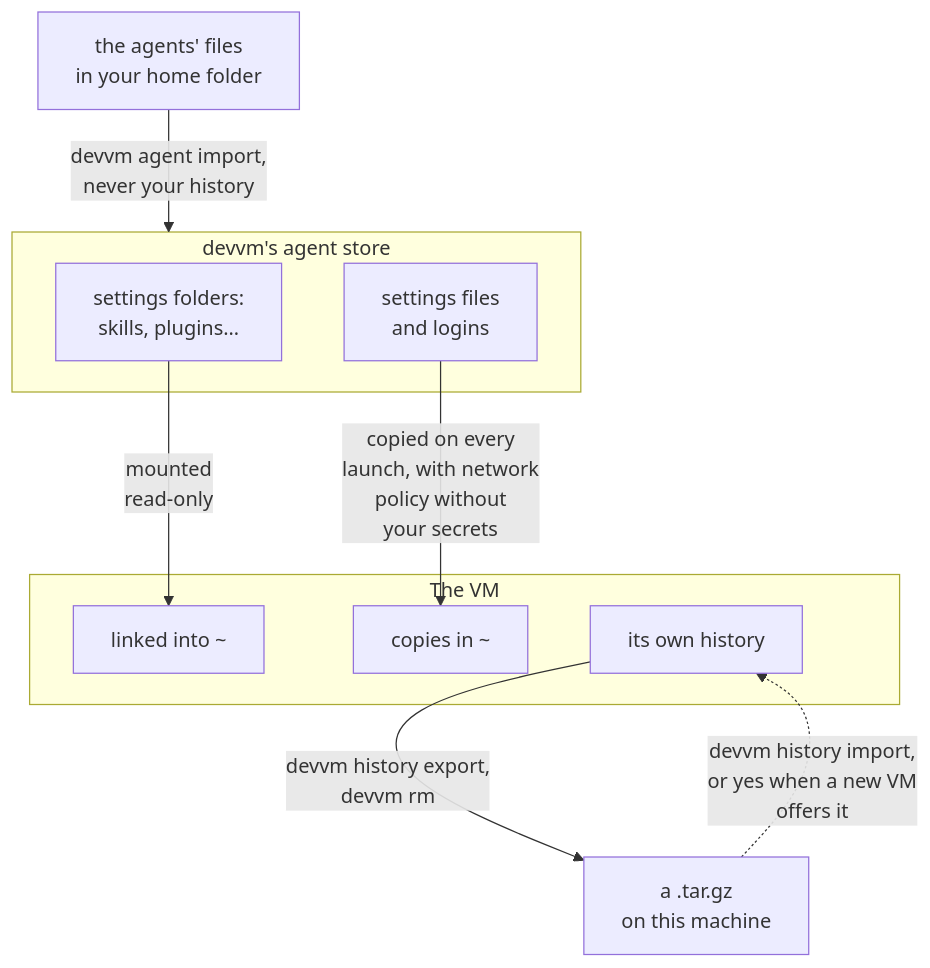
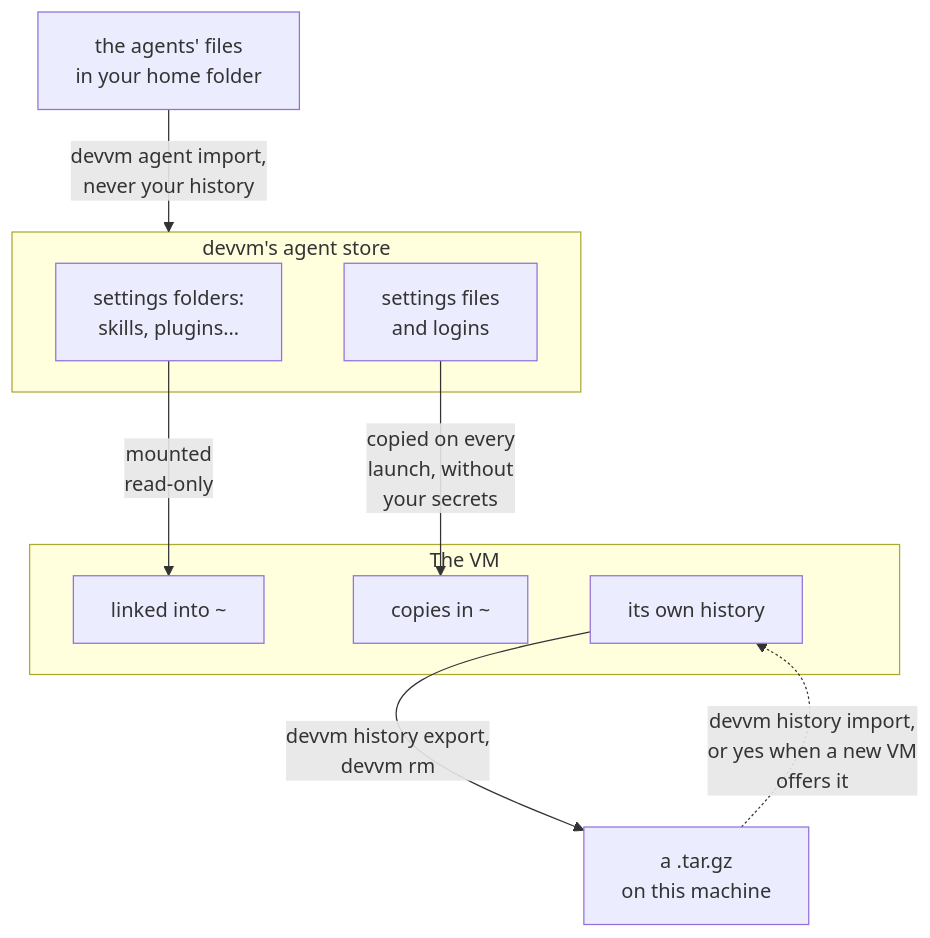
Before and after one commit to DustyPolk/devvm: the diagram in docs/content/docs/using/coding-agents.md, drawn with Mermaid. The commit also changed other lines of this file and 40 other files, not shown here.

First line of the commit message:
refactor(secrets): one path for secrets, placeholders on every tier

````diff
--- a/docs/content/docs/using/coding-agents.md
+++ b/docs/content/docs/using/coding-agents.md
@@ -56,18 +56,18 @@
 ```mermaid
 flowchart TD
   home["the agents' files<br>in your home folder"]
   subgraph store["devvm's agent store"]
     folders["settings folders:<br>skills, plugins…"]
     files["settings files<br>and logins"]
   end
   subgraph guest["The VM"]
     links["linked into ~"]
     copies["copies in ~"]
     own["its own history"]
   end
   home -- "devvm agent import,<br>never your history" --> store
   folders -- "mounted<br>read-only" --> links
-  files -- "copied on every<br>launch, with network<br>policy without<br>your secrets" --> copies
+  files -- "copied on every<br>launch, without<br>your secrets" --> copies
   own -- "devvm history export,<br>devvm rm" --> export["a .tar.gz<br>on this machine"]
   export -. "devvm history import,<br>or yes when a new VM<br>offers it" .-> own
 ```
````
